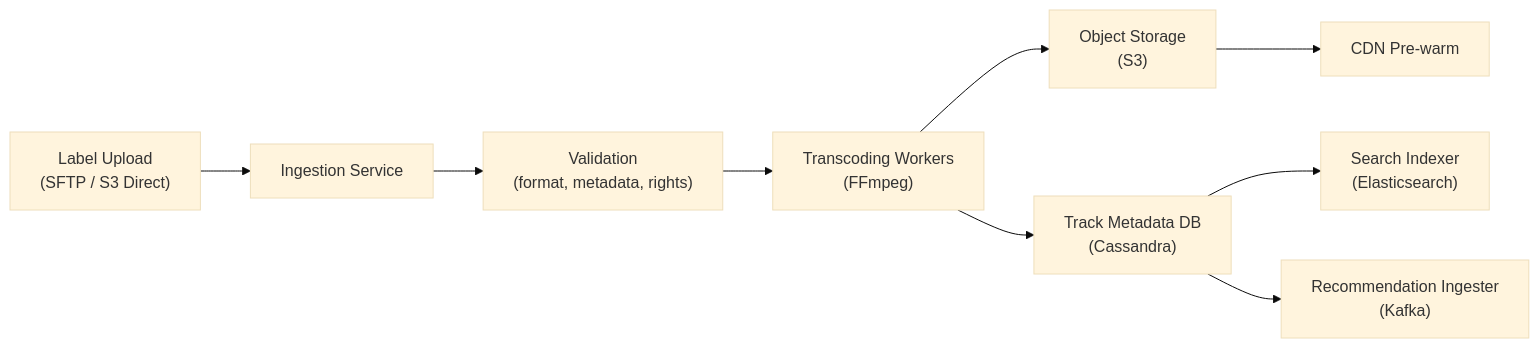
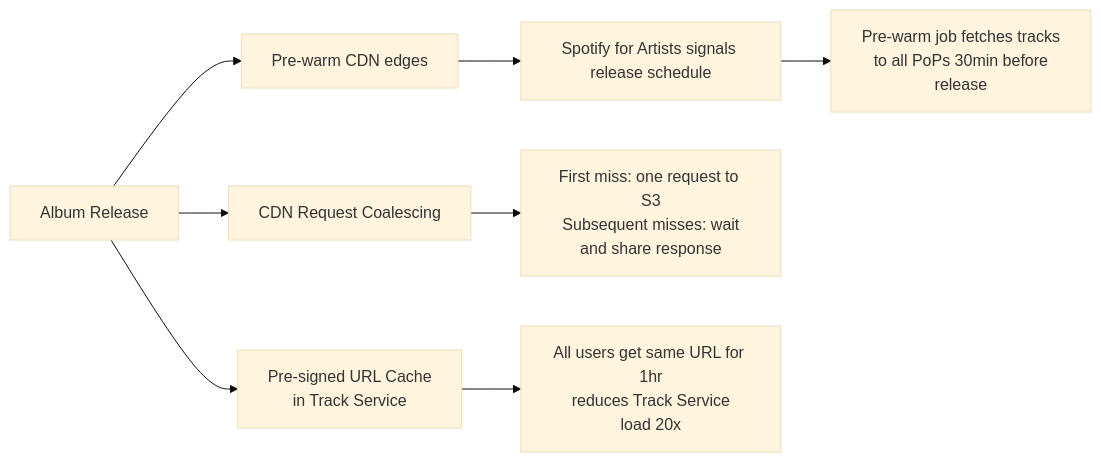
Before and after one commit to deepjyoti-dj7/JustDoIT: the fourth of 7 diagrams in docs/system-design/hld/real-world-systems/spotify.md, drawn with Mermaid (base theme). The commit also changed other lines of this file and 8 other files, not shown here.

````diff
--- a/docs/system-design/hld/real-world-systems/spotify.md
+++ b/docs/system-design/hld/real-world-systems/spotify.md
@@ -244,11 +564,12 @@
 ```mermaid
-graph LR
-    Upload["Label Upload\n(SFTP / S3 Direct)"] --> Ingest["Ingestion Service"]
-    Ingest --> Validate["Validation\n(format, metadata, rights)"]
-    Validate --> Transcode["Transcoding Workers\n(FFmpeg)"]
-    Transcode --> S3["Object Storage\n(S3)"]
-    S3 --> CDN["CDN Pre-warm"]
-    Transcode --> MetaDB["Track Metadata DB\n(Cassandra)"]
-    MetaDB --> ESIndexer["Search Indexer\n(Elasticsearch)"]
-    MetaDB --> RecoIngest["Recommendation Ingester\n(Kafka)"]
+flowchart LR
+    Release["Album Release"] --> WarmCDN["Pre-warm CDN edges"]
+    WarmCDN --> Artist["Spotify for Artists signals release schedule"]
+    Artist --> PreWarm["Pre-warm job fetches tracks\n to all PoPs 30min before release"]
+
+    Release --> CacheShield["CDN Request Coalescing"]
+    CacheShield --> OneReq["First miss: one request to S3\n Subsequent misses: wait and share response"]
+
+    Release --> S3PresignPool["Pre-signed URL Cache\n in Track Service"]
+    S3PresignPool --> Shared["All users get same URL for 1hr\n reduces Track Service load 20x"]
 ```
````
